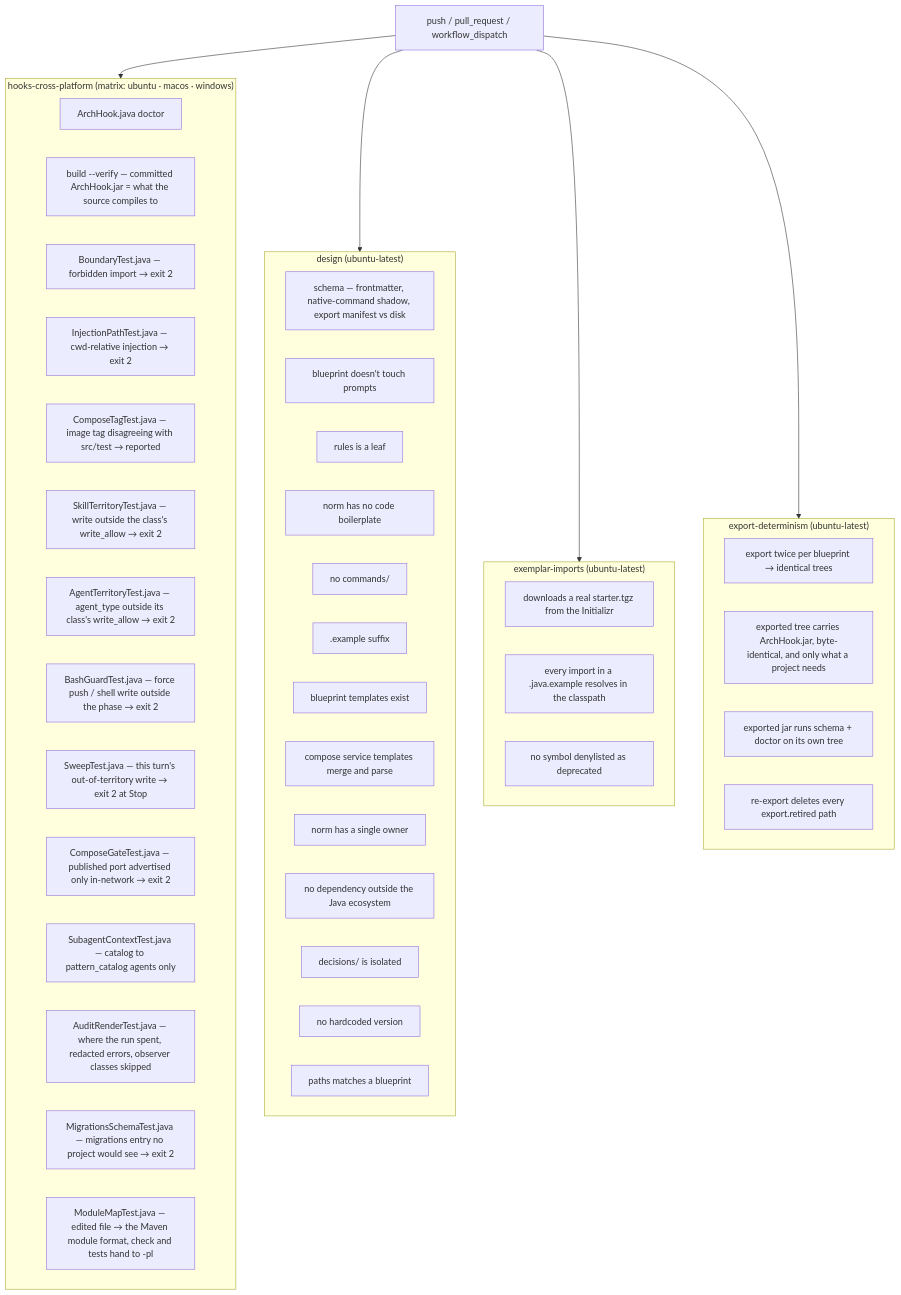
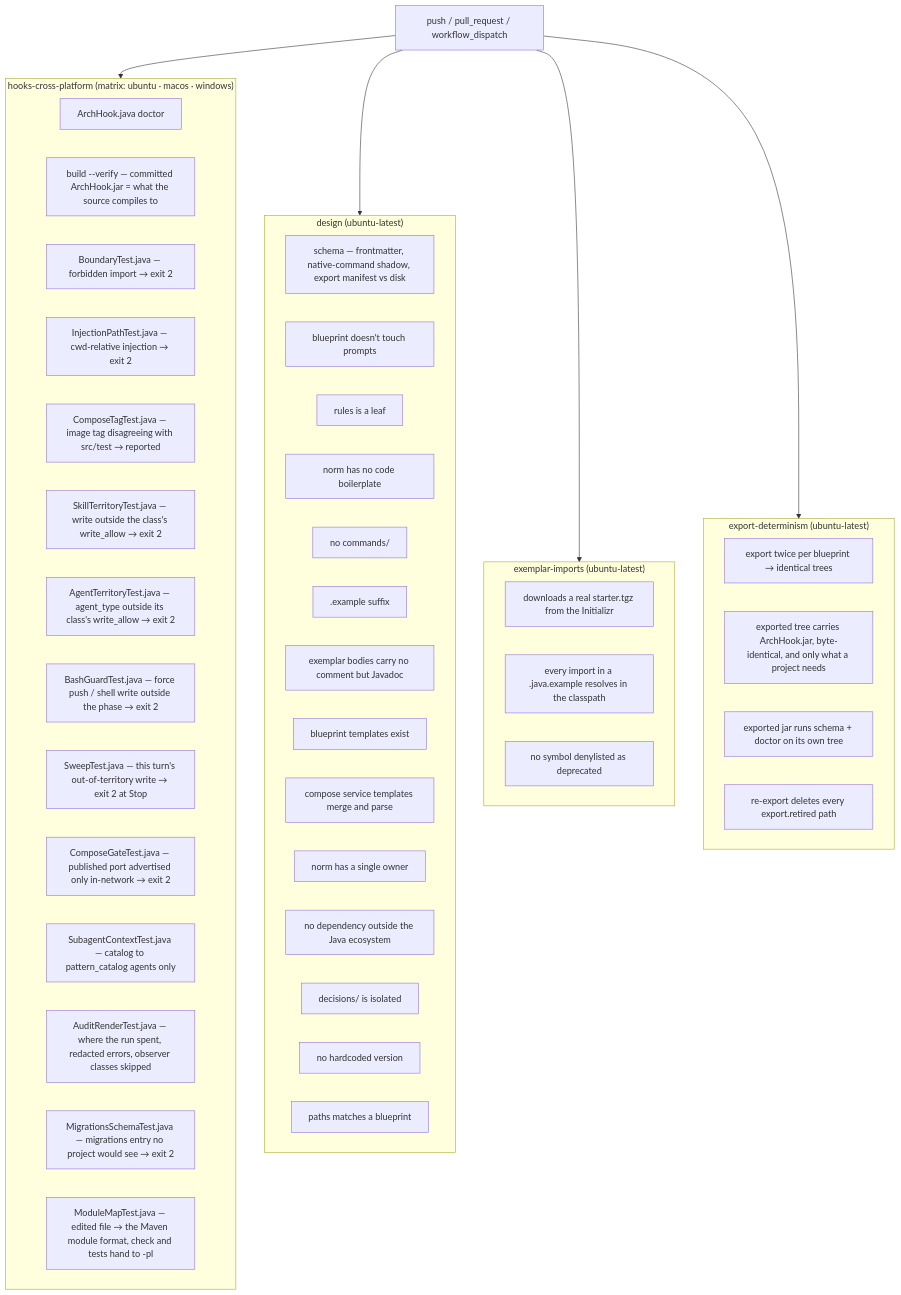
Before and after one commit to ice-lfernandes/claude-spring-architect: the diagram in docs/en/07-ci-validate.md, drawn with Mermaid. The commit also changed other lines of this file and 64 other files, not shown here.

First line of the commit message:
feat: Javadoc is the only comment in generated code, enforced by Checkstyle (decision 0108)

````diff
--- a/docs/en/07-ci-validate.md
+++ b/docs/en/07-ci-validate.md
@@ -17,53 +17,54 @@
 ```mermaid
 flowchart TD
     T[push / pull_request / workflow_dispatch] --> J1
     T --> J2
     T --> J3
     T --> J4
 
     subgraph J1["hooks-cross-platform (matrix: ubuntu · macos · windows)"]
         H1[ArchHook.java doctor]
         H0[build --verify — committed ArchHook.jar = what the source compiles to]
         H2[BoundaryTest.java — forbidden import → exit 2]
         H3[InjectionPathTest.java — cwd-relative injection → exit 2]
         H4[ComposeTagTest.java — image tag disagreeing with src/test → reported]
         H5[SkillTerritoryTest.java — write outside the class's write_allow → exit 2]
         H6[AgentTerritoryTest.java — agent_type outside its class's write_allow → exit 2]
         H7[BashGuardTest.java — force push / shell write outside the phase → exit 2]
         H8[SweepTest.java — this turn's out-of-territory write → exit 2 at Stop]
         H9[ComposeGateTest.java — published port advertised only in-network → exit 2]
         H10[SubagentContextTest.java — catalog to pattern_catalog agents only]
         H11[AuditRenderTest.java — where the run spent, redacted errors, observer classes skipped]
         H12[MigrationsSchemaTest.java — migrations entry no project would see → exit 2]
         H13[ModuleMapTest.java — edited file → the Maven module format, check and tests hand to -pl]
     end
 
     subgraph J2["design (ubuntu-latest)"]
         D1[schema — frontmatter, native-command shadow, export manifest vs disk]
         D4[blueprint doesn't touch prompts]
         D5[rules is a leaf]
         D6[norm has no code boilerplate]
         D7[no commands/]
         D8[.example suffix]
+        D16[exemplar bodies carry no comment but Javadoc]
         D9[blueprint templates exist]
         D15[compose service templates merge and parse]
         D10[norm has a single owner]
         D11[no dependency outside the Java ecosystem]
         D12[decisions/ is isolated]
         D13[no hardcoded version]
         D14[paths matches a blueprint]
     end
 
     subgraph J3["exemplar-imports (ubuntu-latest)"]
         E1[downloads a real starter.tgz from the Initializr]
         E2[every import in a .java.example resolves in the classpath]
         E3[no symbol denylisted as deprecated]
     end
 
     subgraph J4["export-determinism (ubuntu-latest)"]
         X1[export twice per blueprint → identical trees]
         X2[exported tree carries ArchHook.jar, byte-identical, and only what a project needs]
         X3[exported jar runs schema + doctor on its own tree]
         X4[re-export deletes every export.retired path]
     end
 ```
````
